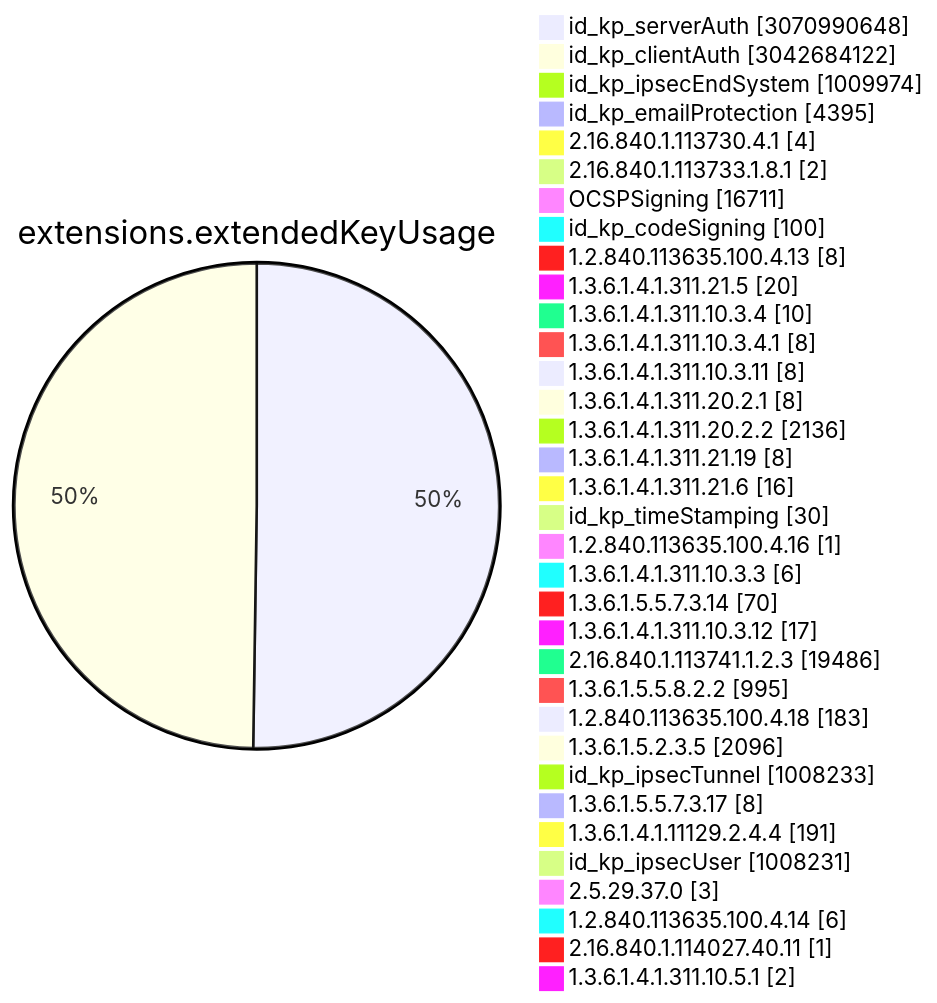
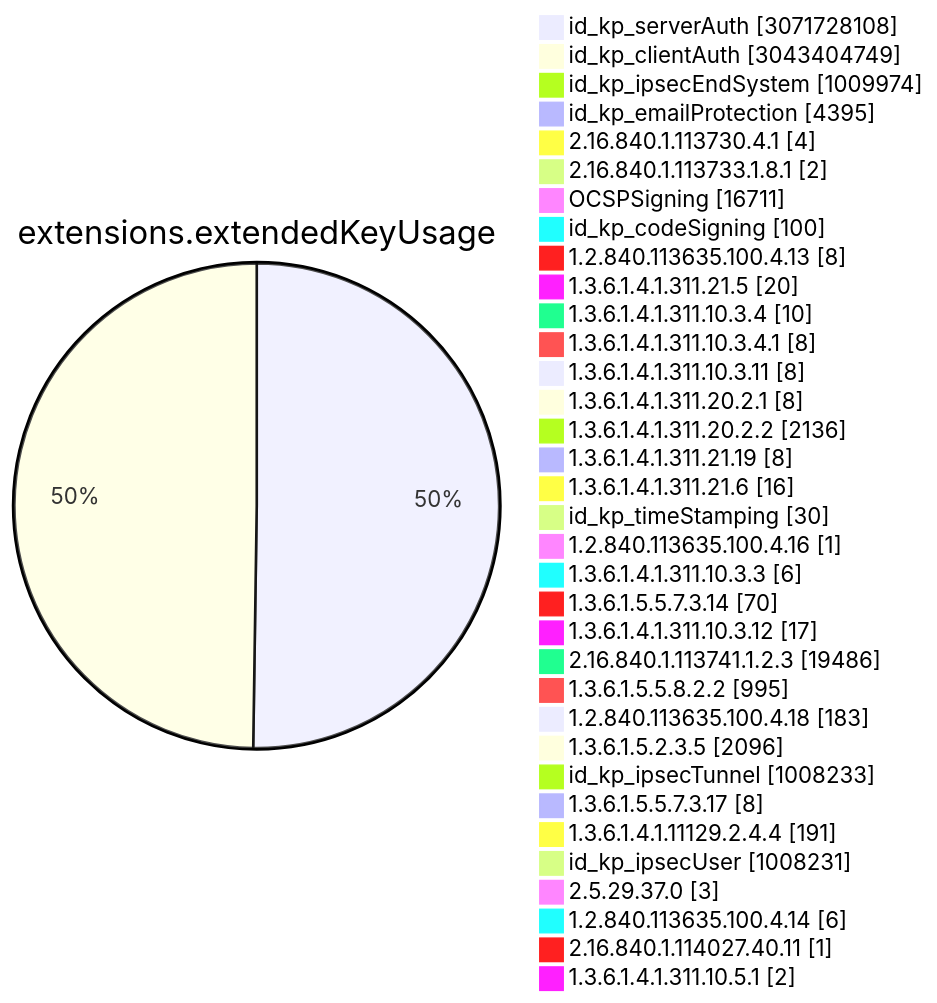
One commit to christiankrug/ctmonitor_visualization changed diagram 11 of 15 in TOTAL/README.md. Above: the diagram before and after it, drawn with Mermaid. The commit also changed other lines of this file, not shown here.

````diff
--- a/TOTAL/README.md
+++ b/TOTAL/README.md
@@ -4119,38 +4119,38 @@
 ```mermaid
 pie showData
 title extensions.extendedKeyUsage
-"id_kp_serverAuth" :3070990648
-"id_kp_clientAuth" :3042684122
+"id_kp_serverAuth" :3071728108
+"id_kp_clientAuth" :3043404749
 "id_kp_ipsecEndSystem" :1009974
 "id_kp_emailProtection" :4395
 "2.16.840.1.113730.4.1" :4
 "2.16.840.1.113733.1.8.1" :2
 "OCSPSigning" :16711
 "id_kp_codeSigning" :100
 "1.2.840.113635.100.4.13" :8
 "1.3.6.1.4.1.311.21.5" :20
 "1.3.6.1.4.1.311.10.3.4" :10
 "1.3.6.1.4.1.311.10.3.4.1" :8
 "1.3.6.1.4.1.311.10.3.11" :8
 "1.3.6.1.4.1.311.20.2.1" :8
 "1.3.6.1.4.1.311.20.2.2" :2136
 "1.3.6.1.4.1.311.21.19" :8
 "1.3.6.1.4.1.311.21.6" :16
 "id_kp_timeStamping" :30
 "1.2.840.113635.100.4.16" :1
 "1.3.6.1.4.1.311.10.3.3" :6
 "1.3.6.1.5.5.7.3.14" :70
 "1.3.6.1.4.1.311.10.3.12" :17
 "2.16.840.1.113741.1.2.3" :19486
 "1.3.6.1.5.5.8.2.2" :995
 "1.2.840.113635.100.4.18" :183
 "1.3.6.1.5.2.3.5" :2096
 "id_kp_ipsecTunnel" :1008233
 "1.3.6.1.5.5.7.3.17" :8
 "1.3.6.1.4.1.11129.2.4.4" :191
 "id_kp_ipsecUser" :1008231
 "2.5.29.37.0" :3
 "1.2.840.113635.100.4.14" :6
 "2.16.840.1.114027.40.11" :1
 "1.3.6.1.4.1.311.10.5.1" :2
 ```
````
